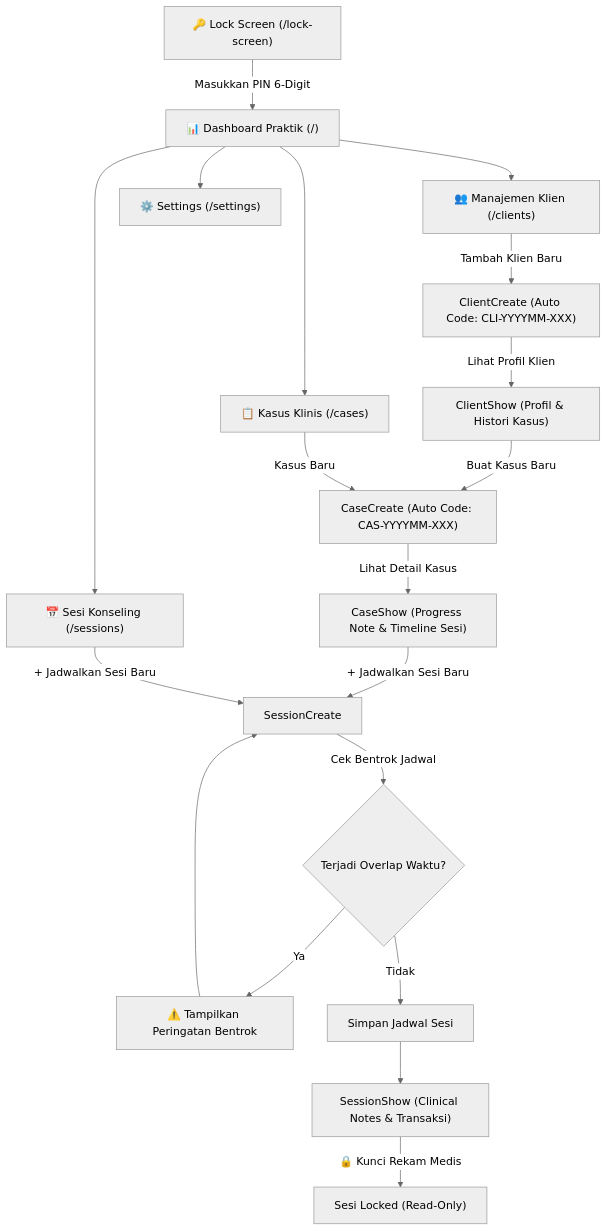
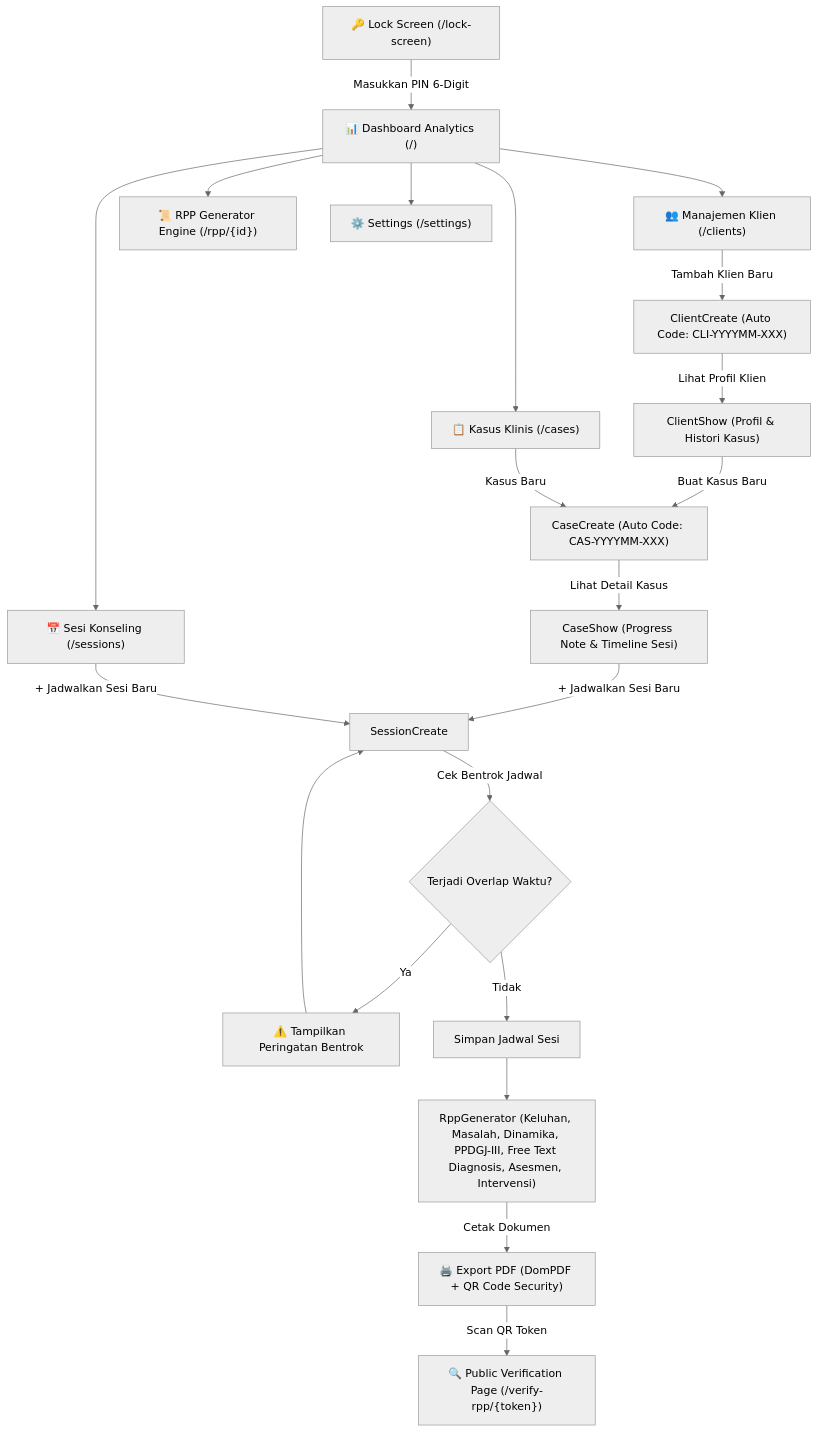
Before and after one commit to magerngulik/web-psikolog: the diagram in README.md, drawn with Mermaid (neutral theme). The commit also changed other lines of this file and 28 other files, not shown here.

````diff
--- a/README.md
+++ b/README.md
@@ -72,27 +81,29 @@
 ```mermaid
 flowchart TD
-    A["🔑 Lock Screen (/lock-screen)"] -->|Masukkan PIN 6-Digit| B["📊 Dashboard Praktik (/)"]
+    A["🔑 Lock Screen (/lock-screen)"] -->|Masukkan PIN 6-Digit| B["📊 Dashboard Analytics (/)"]
     
     B --> C["👥 Manajemen Klien (/clients)"]
     B --> D["📋 Kasus Klinis (/cases)"]
     B --> E["📅 Sesi Konseling (/sessions)"]
-    B --> F["⚙️ Settings (/settings)"]
+    B --> F["📜 RPP Generator Engine (/rpp/{id})"]
+    B --> G["⚙️ Settings (/settings)"]
     
     C -->|Tambah Klien Baru| C1["ClientCreate (Auto Code: CLI-YYYYMM-XXX)"]
     C1 -->|Lihat Profil Klien| C2["ClientShow (Profil & Histori Kasus)"]
     
     C2 -->|Buat Kasus Baru| D1["CaseCreate (Auto Code: CAS-YYYYMM-XXX)"]
     D -->|Kasus Baru| D1
     D1 -->|Lihat Detail Kasus| D2["CaseShow (Progress Note & Timeline Sesi)"]
     
     D2 -->|+ Jadwalkan Sesi Baru| E1["SessionCreate"]
     E -->|+ Jadwalkan Sesi Baru| E1
     
     E1 -->|Cek Bentrok Jadwal| E2{"Terjadi Overlap Waktu?"}
     E2 -- Ya --> E3["⚠️ Tampilkan Peringatan Bentrok"]
     E3 --> E1
     E2 -- Tidak --> E4["Simpan Jadwal Sesi"]
     
-    E4 --> E5["SessionShow (Clinical Notes & Transaksi)"]
-    E5 -->|🔒 Kunci Rekam Medis| E6["Sesi Locked (Read-Only)"]
+    E4 --> F1["RppGenerator (Keluhan, Masalah, Dinamika, PPDGJ-III, Free Text Diagnosis, Asesmen, Intervensi)"]
+    F1 -->|Cetak Dokumen| F2["🖨️ Export PDF (DomPDF + QR Code Security)"]
+    F2 -->|Scan QR Token| F3["🔍 Public Verification Page (/verify-rpp/{token})"]
 ```
````
